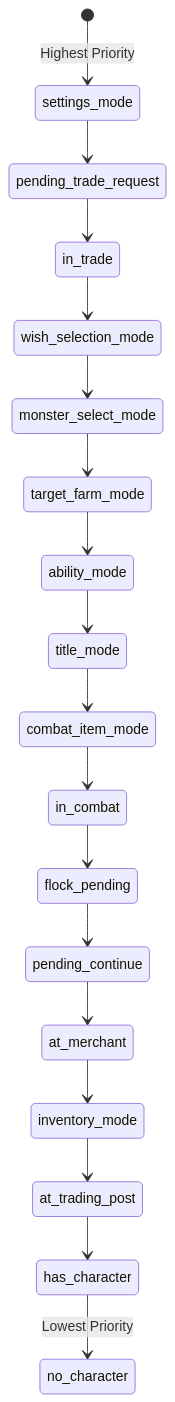
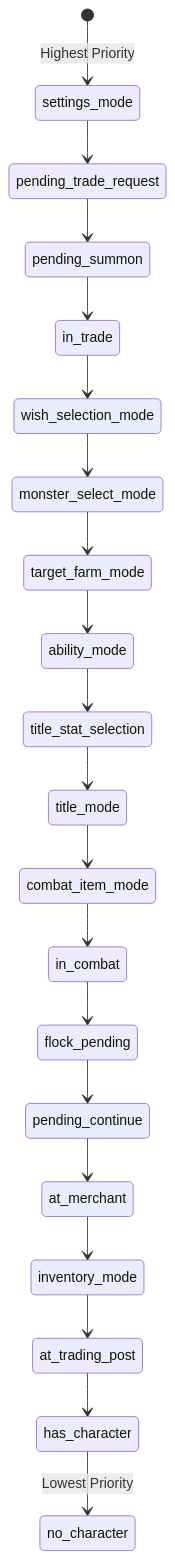
One commit to Dextobust33/Phantom-Badlands changed the first of 3 diagrams in docs/action-bar-states.md. Above: the diagram before and after it, drawn with Mermaid. The commit also changed other lines of this file and 4 other files, not shown here.

````diff
--- a/docs/action-bar-states.md
+++ b/docs/action-bar-states.md
@@ -9,20 +9,22 @@
 ```mermaid
 stateDiagram-v2
     [*] --> settings_mode: Highest Priority
     settings_mode --> pending_trade_request
-    pending_trade_request --> in_trade
+    pending_trade_request --> pending_summon
+    pending_summon --> in_trade
     in_trade --> wish_selection_mode
     wish_selection_mode --> monster_select_mode
     monster_select_mode --> target_farm_mode
     target_farm_mode --> ability_mode
-    ability_mode --> title_mode
+    ability_mode --> title_stat_selection
+    title_stat_selection --> title_mode
     title_mode --> combat_item_mode
     combat_item_mode --> in_combat
     in_combat --> flock_pending
     flock_pending --> pending_continue
     pending_continue --> at_merchant
     at_merchant --> inventory_mode
     inventory_mode --> at_trading_post
     at_trading_post --> has_character
     has_character --> no_character: Lowest Priority
 ```
````
